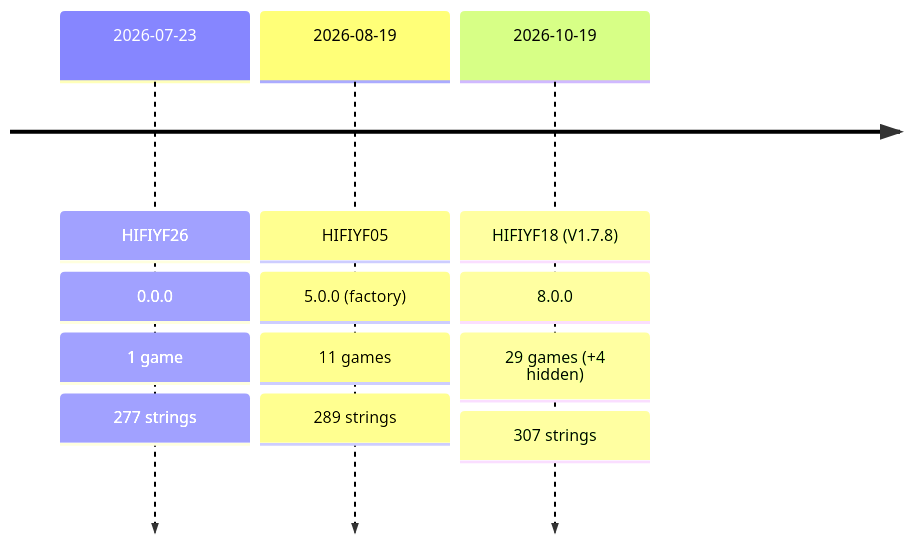
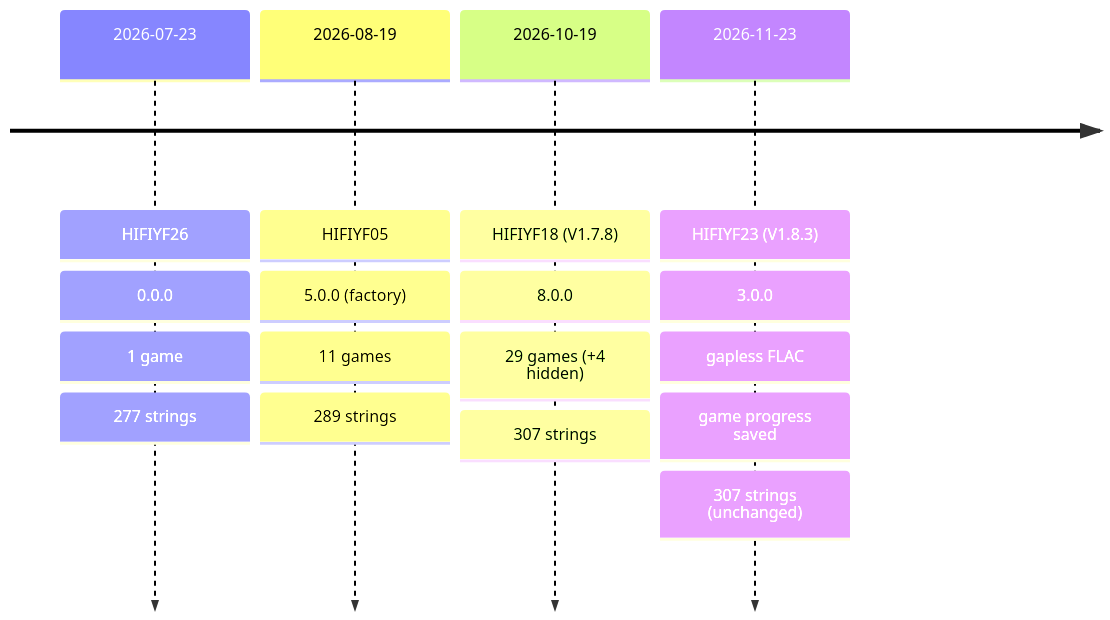
Before and after one commit to ensui-dev/hidizs-ap30-docs: the diagram in overview/firmware_releases.md, drawn with Mermaid. The commit also changed other lines of this file and 9 other files, not shown here.

First line of the commit message:
Add firmware V1.8.3 (HIFIYF23.IMG): gapless FLAC, saved game progress, new possible bugs

````diff
--- a/overview/firmware_releases.md
+++ b/overview/firmware_releases.md
@@ -36,6 +38,7 @@
 ```mermaid
 timeline
     2026-07-23 : HIFIYF26 : 0.0.0 : 1 game : 277 strings
     2026-08-19 : HIFIYF05 : 5.0.0 (factory) : 11 games : 289 strings
     2026-10-19 : HIFIYF18 (V1.7.8) : 8.0.0 : 29 games (+4 hidden) : 307 strings
+    2026-11-23 : HIFIYF23 (V1.8.3) : 3.0.0 : gapless FLAC : game progress saved : 307 strings (unchanged)
 ```
````
